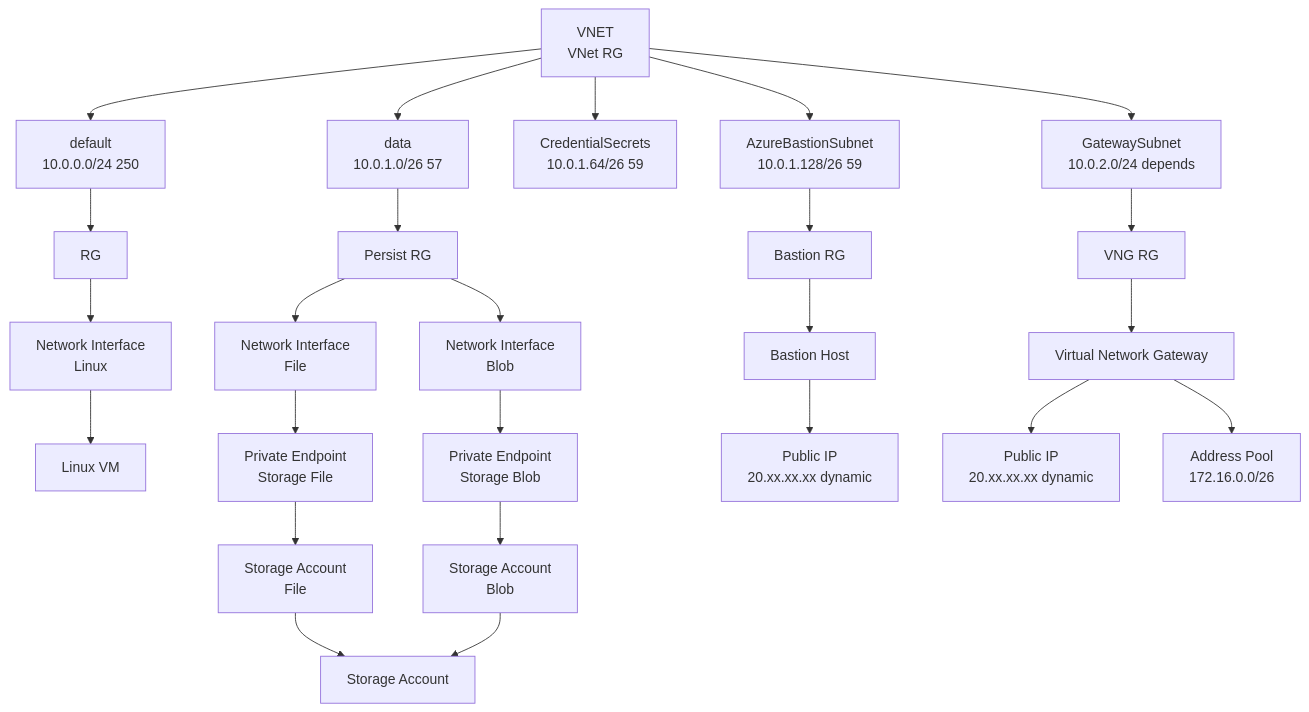
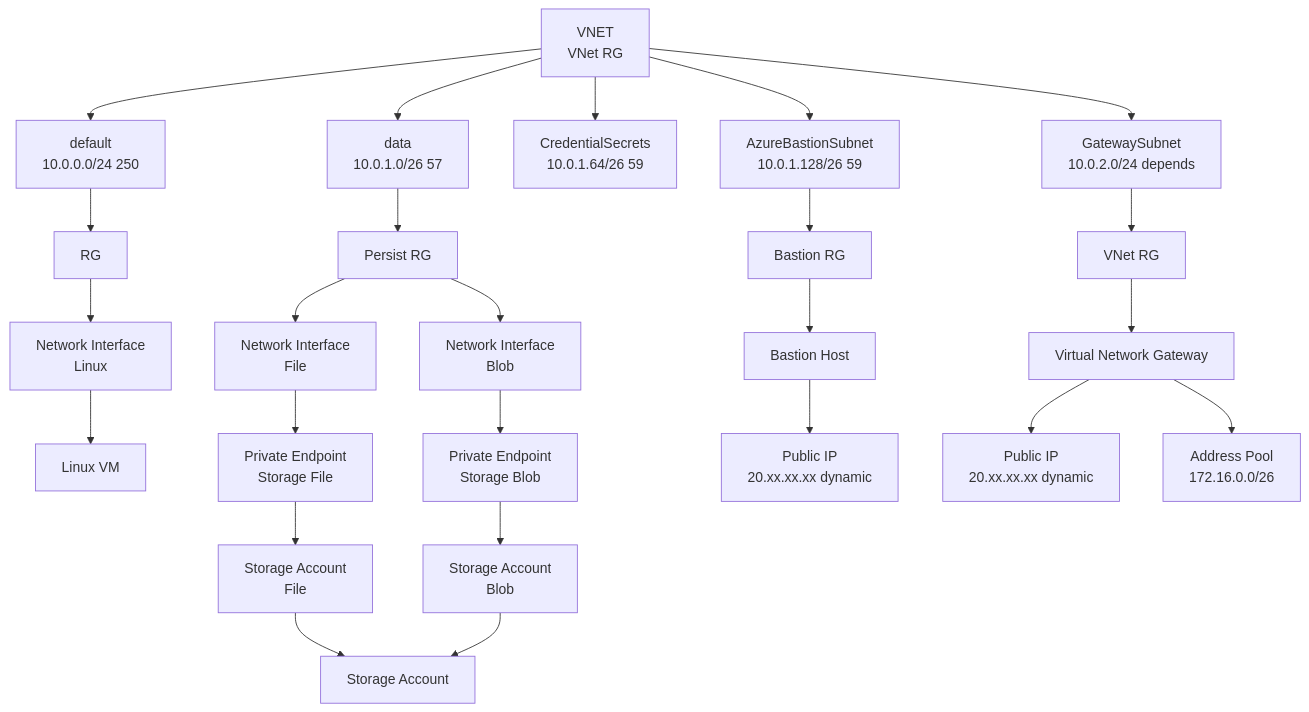
One commit to freemansoft/vnet-p2s-vpn-bastion-azure changed the diagram in README.md. Above: the diagram before and after it, drawn with Mermaid. The commit also changed other lines of this file and 1 other file, not shown here.

Commit message:
Move the VNG back into the VNET Resource Group

````diff
--- a/README.md
+++ b/README.md
@@ -63,37 +63,37 @@
 ```mermaid
 flowchart TD
     A[VNET<br/> VNet RG]
     A --> SubDef[default <br/>10.0.0.0/24 250]
     A --> SubData[data <br/>10.0.1.0/26 57]
     A --> SubCred[CredentialSecrets <br/>10.0.1.64/26 59]
     A --> SubBast[AzureBastionSubnet <br/>10.0.1.128/26 59]
     A --> SubVng[GatewaySubnet <br/>10.0.2.0/24  depends]
 
     SubDef --> SubDefRg[RG]
     SubDefRg --> NicVM[Network Interface<br/>Linux]
     NicVM --> VM[Linux VM]
     
     StorAct[Storage Account]
     StorFile[Storage Account<br/>File]
     StorBlob[Storage Account<br/>Blob] 
 
     SubData --> SubPersistRg[Persist RG]
     SubPersistRg --> NicStorFile[Network Interface<br/>File]
     NicStorFile --> PleFile[Private Endpoint<br/>Storage File]
     PleFile --> StorFile
     StorFile --> StorAct
 
     SubPersistRg --> NicStorBlob[Network Interface<br/>Blob]
     NicStorBlob --> PleBlob[Private Endpoint<br/>Storage Blob]
     PleBlob --> StorBlob
     StorBlob --> StorAct
 
     SubBast --> SubBastRg[Bastion RG]
     SubBastRg --> Bastion[Bastion Host]
     Bastion --> PubaAst[Public IP<br>20.xx.xx.xx dynamic]
 
-    SubVng --> SubVngRg[VNG RG]
+    SubVng --> SubVngRg[VNet RG]
     SubVngRg --> VNG[Virtual Network Gateway]
     VNG --> PubVNG[Public IP<br>20.xx.xx.xx dynamic]
     VNG --> PoolVNG[Address Pool<br>172.16.0.0/26]
 ```
````
